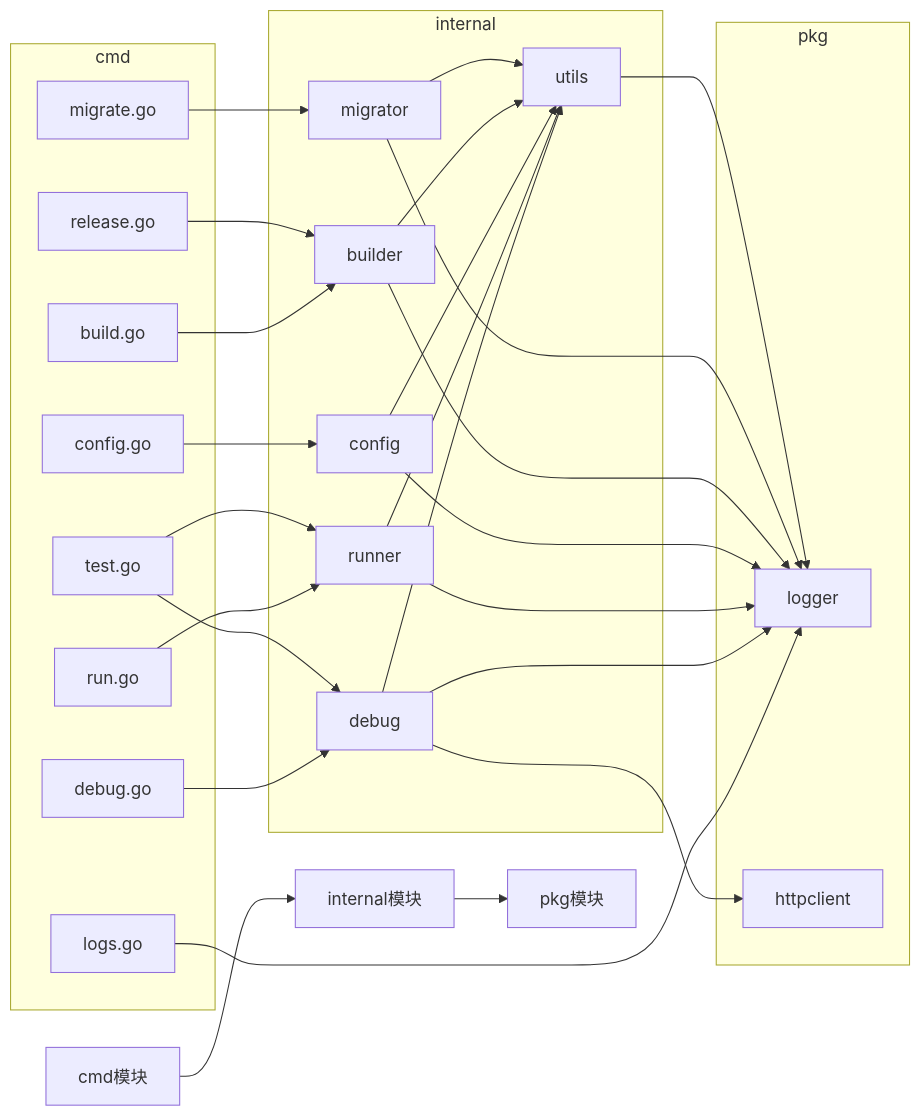
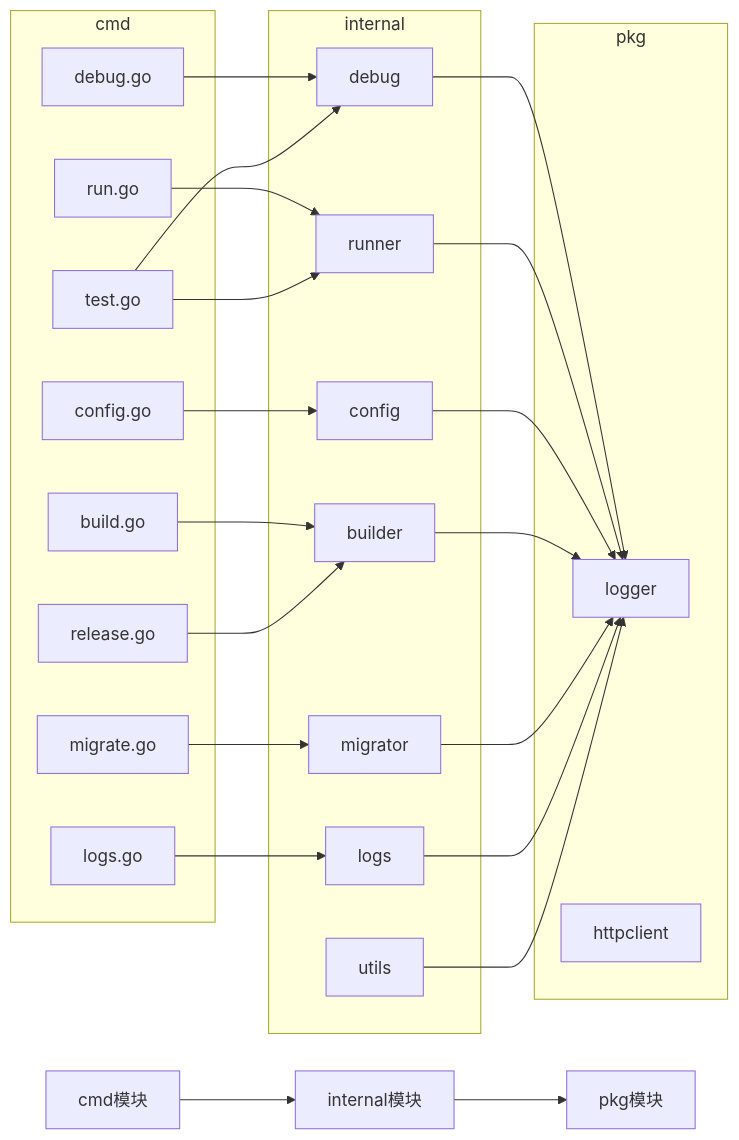
The second of 12 diagrams in docs/project_architecture.md (GC6666666/ParkerCLI), drawn with Mermaid before and after one commit. The commit also changed other lines of this file and 8 other files, not shown here.

````diff
--- a/docs/project_architecture.md
+++ b/docs/project_architecture.md
@@ -247,54 +250,49 @@
 ```mermaid
 graph LR
     A[cmd模块] --> B[internal模块]
     B --> C[pkg模块]
     
     subgraph "cmd"
         A1[debug.go]
         A2[run.go]
         A3[config.go]
         A4[build.go]
         A5[test.go]
         A6[logs.go]
         A7[migrate.go]
         A8[release.go]
     end
     
     subgraph "internal"
         B1[debug]
         B2[runner]
         B3[config]
         B4[builder]
         B5[migrator]
-        B6[utils]
+        B6[logs]
+        B7[utils]
     end
     
     subgraph "pkg"
         C1[logger]
         C2[httpclient]
     end
     
     A1 --> B1
     A2 --> B2
     A3 --> B3
     A4 --> B4
     A5 --> B1
     A5 --> B2
-    A6 --> C1
+    A6 --> B6
     A7 --> B5
     A8 --> B4
     
     B1 --> C1
-    B1 --> C2
     B2 --> C1
     B3 --> C1
     B4 --> C1
     B5 --> C1
     B6 --> C1
-    
-    B1 --> B6
-    B2 --> B6
-    B3 --> B6
-    B4 --> B6
-    B5 --> B6
+    B7 --> C1
 ```
````
